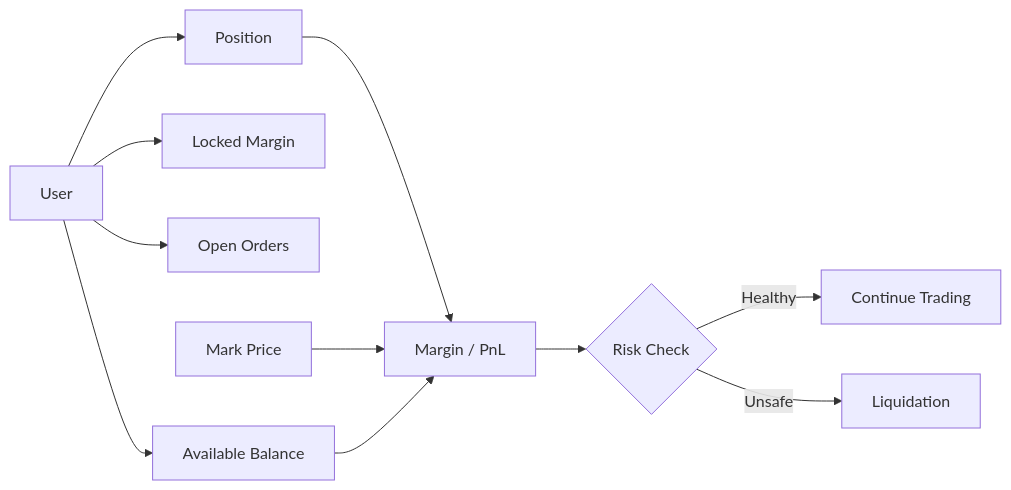
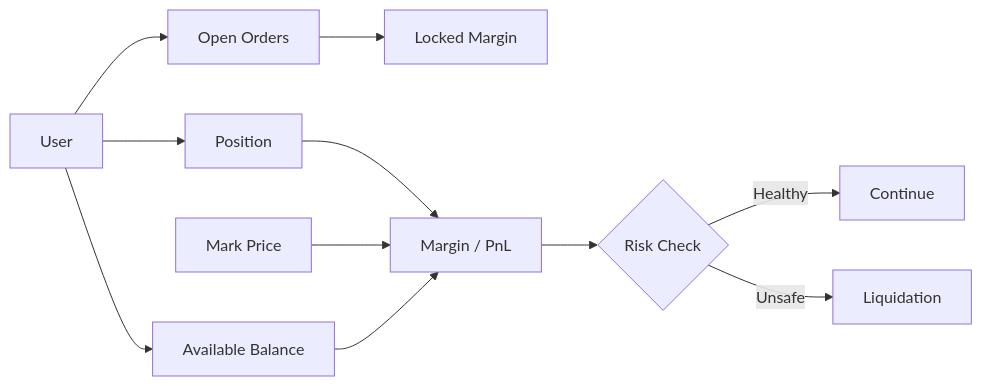
Before and after one commit to MANI-116/PERP: the third of 7 diagrams in README.md, drawn with Mermaid. The commit also changed other lines of this file, not shown here.

Commit message:
docs: add professional README navigation and architecture

````diff
--- a/README.md
+++ b/README.md
@@ -143,13 +155,13 @@
 ```mermaid
 flowchart LR
-    USER[User] --> BAL[Available Balance]
-    USER --> LOCKED[Locked Margin]
-    USER --> ORDERS[Open Orders]
-    USER --> POSITION[Position]
-    POSITION --> MARGIN[Margin / PnL]
-    MARK[Mark Price] --> MARGIN
-    BAL --> MARGIN
-    MARGIN --> CHECK{Risk Check}
-    CHECK -->|Healthy| NORMAL[Continue Trading]
-    CHECK -->|Unsafe| LIQ[Liquidation]
+    U[User] --> B[Available Balance]
+    U --> O[Open Orders]
+    U --> P[Position]
+    O --> L[Locked Margin]
+    P --> M[Margin / PnL]
+    MP[Mark Price] --> M
+    B --> M
+    M --> R{Risk Check}
+    R -->|Healthy| N[Continue]
+    R -->|Unsafe| Q[Liquidation]
 ```
````
